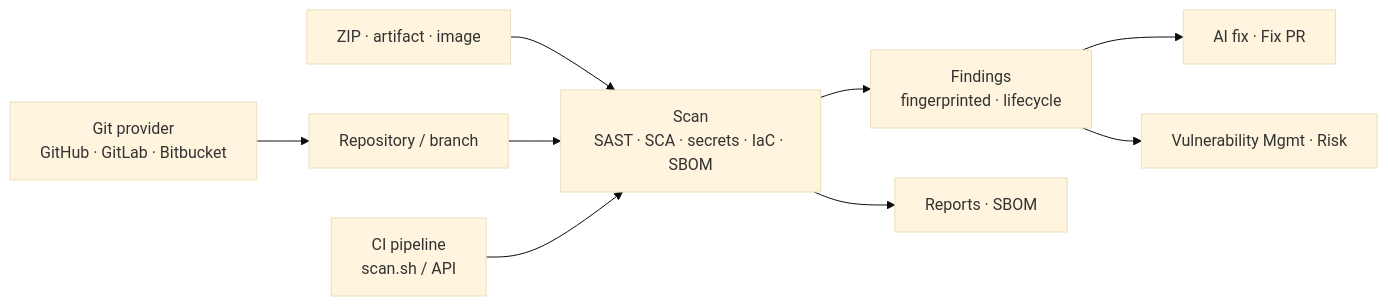
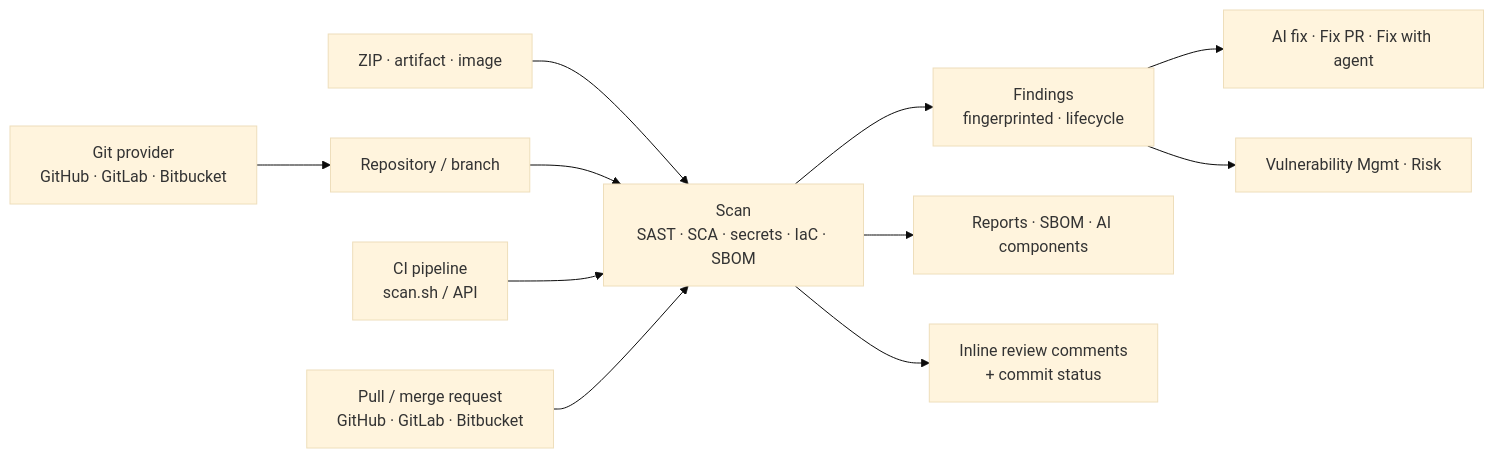
One commit to niteshsaini/offloadsecurity-docs changed the diagram in docs/security-scanning/code/index.md. Above: the diagram before and after it, drawn with Mermaid (base theme). The commit also changed other lines of this file and 12 other files, not shown here.

````diff
--- a/docs/security-scanning/code/index.md
+++ b/docs/security-scanning/code/index.md
@@ -43,11 +44,13 @@
 ```mermaid
 flowchart LR
     G[Git provider<br/>GitHub · GitLab · Bitbucket] --> R[Repository / branch]
     Z[ZIP · artifact · image] --> S
     R --> S[Scan<br/>SAST · SCA · secrets · IaC · SBOM]
     CI[CI pipeline<br/>scan.sh / API] --> S
+    PR[Pull / merge request<br/>GitHub · GitLab · Bitbucket] --> S
     S --> F[Findings<br/>fingerprinted · lifecycle]
-    S --> RP[Reports · SBOM]
-    F --> FIX[AI fix · Fix PR]
+    S --> RP[Reports · SBOM · AI components]
+    S --> PRV[Inline review comments<br/>+ commit status]
+    F --> FIX[AI fix · Fix PR · Fix with agent]
     F --> V[Vulnerability Mgmt · Risk]
 ```
````
